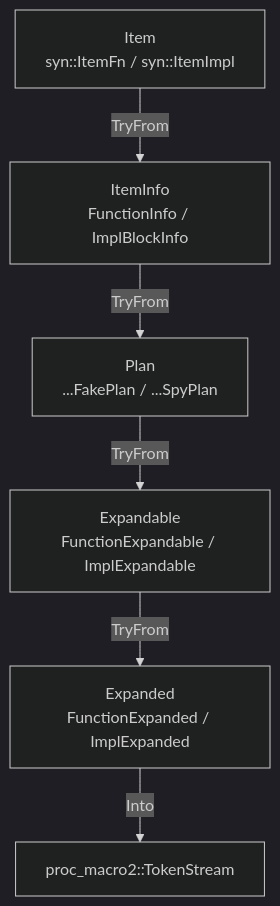
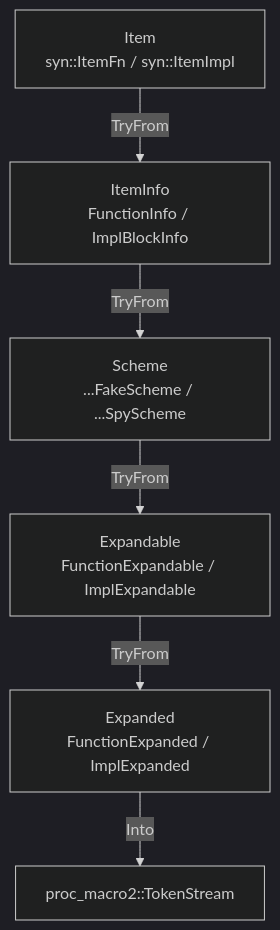
The diagram in fnmock-derive/README.md (jakob-rzeppa/fnmock), drawn with Mermaid (dark theme) before and after one commit. The commit also changed other lines of this file and 25 other files, not shown here.

Commit message:
rename plan to scheme

````diff
--- a/fnmock-derive/README.md
+++ b/fnmock-derive/README.md
@@ -13,8 +13,8 @@
 ```mermaid
 flowchart TD
     Item["Item\nsyn::ItemFn / syn::ItemImpl"] -->|TryFrom| ItemInfo["ItemInfo\nFunctionInfo / ImplBlockInfo"]
-    ItemInfo -->|TryFrom| Plan["Plan\n...FakePlan / ...SpyPlan"]
-    Plan -->|TryFrom| Expandable["Expandable\nFunctionExpandable / ImplExpandable"]
+    ItemInfo -->|TryFrom| Scheme["Scheme\n...FakeScheme / ...SpyScheme"]
+    Scheme -->|TryFrom| Expandable["Expandable\nFunctionExpandable / ImplExpandable"]
     Expandable -->|TryFrom| Expanded["Expanded\nFunctionExpanded / ImplExpanded"]
     Expanded -->|Into| TokenStream[proc_macro2::TokenStream]
 ```
````
